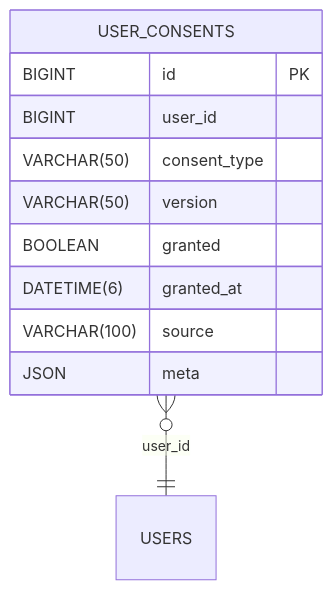
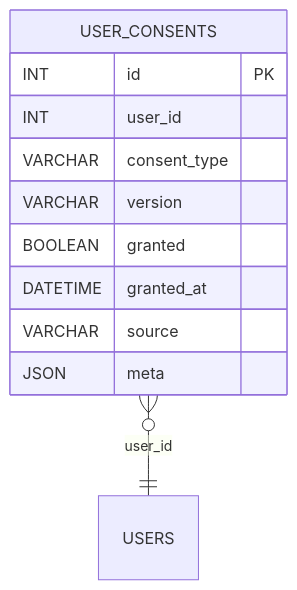
Before and after one commit to blackcatdatabase/table-user-consents: the diagram in README.md, drawn with Mermaid. The commit also changed other lines of this file, not shown here.

Commit message:
chore(schema): add/update generated schema + README (umbrella sync)

````diff
--- a/README.md
+++ b/README.md
@@ -55,14 +55,14 @@
 ```mermaid
 erDiagram
   USER_CONSENTS {
-    BIGINT id PK
-    BIGINT user_id
-    VARCHAR(50) consent_type
-    VARCHAR(50) version
+    INT id PK
+    INT user_id
+    VARCHAR consent_type
+    VARCHAR version
     BOOLEAN granted
-    DATETIME(6) granted_at
-    VARCHAR(100) source
+    DATETIME granted_at
+    VARCHAR source
     JSON meta
   }
   USER_CONSENTS }o--|| USERS : "user_id"
 ```
````
